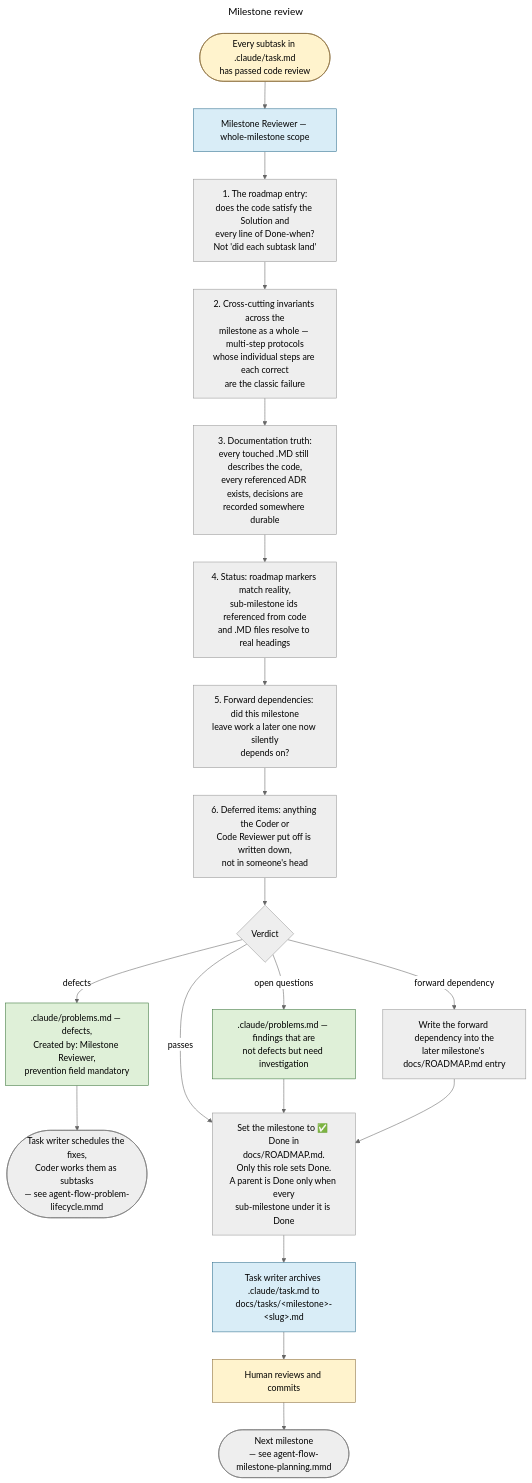
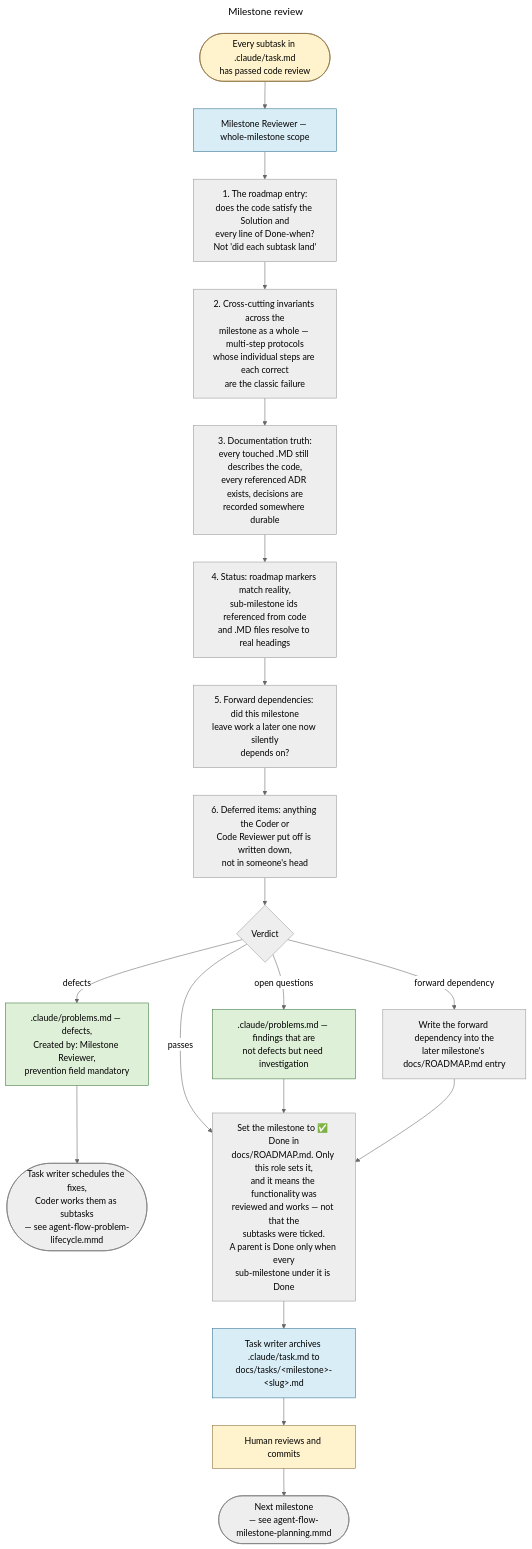
One commit to Dmitriy-G/simple_rdbms changed the diagram in docs/diagrams/agent-flow-milestone-review.mmd. Above: the diagram before and after it, drawn with Mermaid (neutral theme). The commit also changed 10 other files, not shown here.

Commit message:
Change agents flow

```diff
--- a/docs/diagrams/agent-flow-milestone-review.mmd
+++ b/docs/diagrams/agent-flow-milestone-review.mmd
@@ -1,37 +1,37 @@
 ---
 title: Milestone review
 ---
 flowchart TD
     classDef human fill:#fff3cd,stroke:#8a6d3b,color:#000
     classDef role fill:#d9edf7,stroke:#31708f,color:#000
     classDef channel fill:#dff0d8,stroke:#3c763d,color:#000
     classDef stop fill:#eeeeee,stroke:#777,color:#000
 
     START(["Every subtask in .claude/task.md<br/>has passed code review"]):::human
     MR["Milestone Reviewer — whole-milestone scope"]:::role
 
     C1["1. The roadmap entry:<br/>does the code satisfy the Solution and<br/>every line of Done-when?<br/>Not 'did each subtask land'"]
     C2["2. Cross-cutting invariants across the<br/>milestone as a whole — multi-step protocols<br/>whose individual steps are each correct<br/>are the classic failure"]
     C3["3. Documentation truth:<br/>every touched .MD still describes the code,<br/>every referenced ADR exists, decisions are<br/>recorded somewhere durable"]
     C4["4. Status: roadmap markers match reality,<br/>sub-milestone ids referenced from code<br/>and .MD files resolve to real headings"]
     C5["5. Forward dependencies: did this milestone<br/>leave work a later one now silently<br/>depends on?"]
     C6["6. Deferred items: anything the Coder or<br/>Code Reviewer put off is written down,<br/>not in someone's head"]
 
     VERDICT{"Verdict"}
     BUGS[".claude/problems.md — defects,<br/>Created by: Milestone Reviewer,<br/>prevention field mandatory"]:::channel
     PROB[".claude/problems.md — findings that are<br/>not defects but need investigation"]:::channel
     FWD["Write the forward dependency into the<br/>later milestone's docs/ROADMAP.md entry"]
 
     LOOP(["Task writer schedules the fixes,<br/>Coder works them as subtasks<br/>— see agent-flow-problem-lifecycle.mmd"]):::stop
-    DONE["Set the milestone to ✅ Done in<br/>docs/ROADMAP.md.<br/>Only this role sets Done.<br/>A parent is Done only when every<br/>sub-milestone under it is Done"]
+    DONE["Set the milestone to ✅ Done in<br/>docs/ROADMAP.md. Only this role sets it,<br/>and it means the functionality was<br/>reviewed and works — not that the<br/>subtasks were ticked.<br/>A parent is Done only when every<br/>sub-milestone under it is Done"]
     ARCHIVE["Task writer archives .claude/task.md to<br/>docs/tasks/&lt;milestone&gt;-&lt;slug&gt;.md"]:::role
     HUMAN["Human reviews and commits"]:::human
     NEXT(["Next milestone<br/>— see agent-flow-milestone-planning.mmd"]):::stop
 
     START --> MR --> C1 --> C2 --> C3 --> C4 --> C5 --> C6 --> VERDICT
     VERDICT -- "defects" --> BUGS --> LOOP
     VERDICT -- "open questions" --> PROB
     VERDICT -- "forward dependency" --> FWD
     VERDICT -- "passes" --> DONE --> ARCHIVE --> HUMAN --> NEXT
     PROB --> DONE
     FWD --> DONE
```
